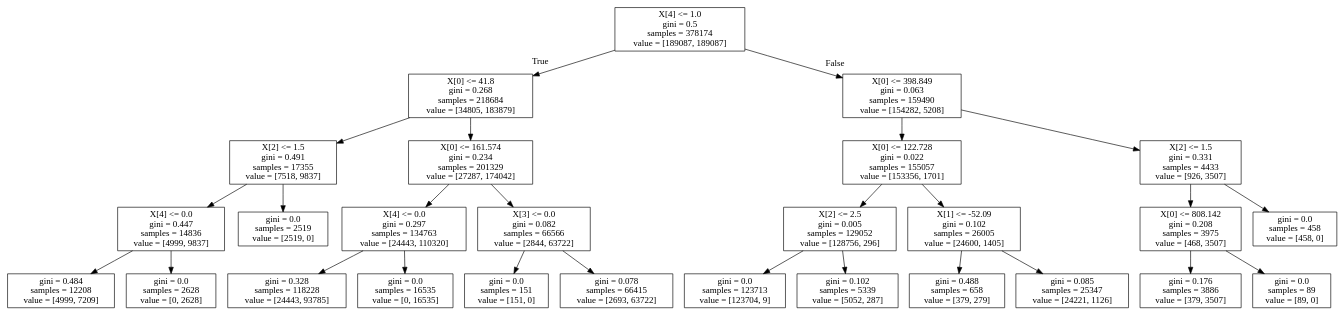
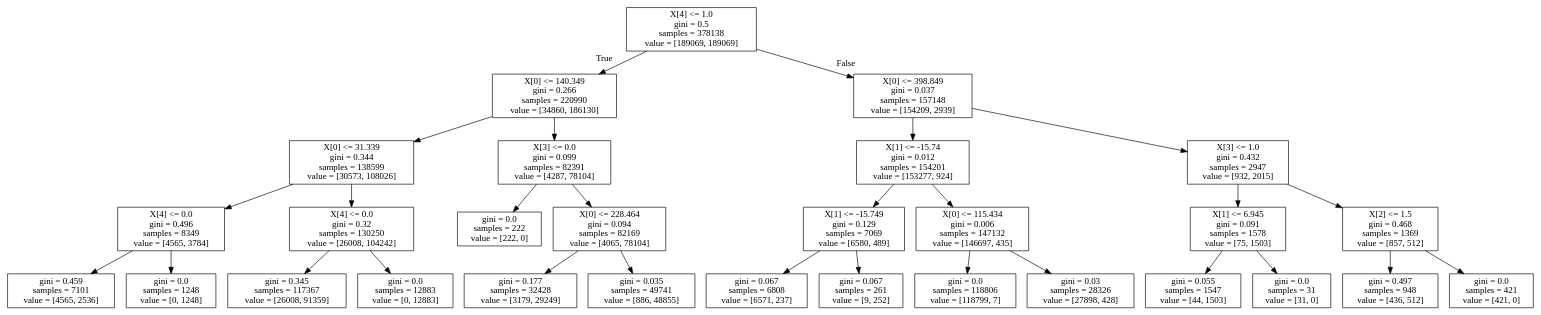
Before and after one commit to R-Graafmans/CDA_CS4035: the diagram in Week 1 - Credit Card Fraud/tree_SMOTE.dot, drawn with Graphviz. The commit also changed 13 other files, not shown here.

```diff
--- a/Week 1 - Credit Card Fraud/tree_SMOTE.dot
+++ b/Week 1 - Credit Card Fraud/tree_SMOTE.dot
@@ -1,56 +1,60 @@
 digraph Tree {
 node [shape=box] ;
-0 [label="X[4] <= 1.0\ngini = 0.5\nsamples = 378174\nvalue = [189087, 189087]"] ;
-1 [label="X[0] <= 41.8\ngini = 0.268\nsamples = 218684\nvalue = [34805, 183879]"] ;
+0 [label="X[4] <= 1.0\ngini = 0.5\nsamples = 378138\nvalue = [189069, 189069]"] ;
+1 [label="X[0] <= 140.349\ngini = 0.266\nsamples = 220990\nvalue = [34860, 186130]"] ;
 0 -> 1 [labeldistance=2.5, labelangle=45, headlabel="True"] ;
-2 [label="X[2] <= 1.5\ngini = 0.491\nsamples = 17355\nvalue = [7518, 9837]"] ;
+2 [label="X[0] <= 31.339\ngini = 0.344\nsamples = 138599\nvalue = [30573, 108026]"] ;
 1 -> 2 ;
-3 [label="X[4] <= 0.0\ngini = 0.447\nsamples = 14836\nvalue = [4999, 9837]"] ;
+3 [label="X[4] <= 0.0\ngini = 0.496\nsamples = 8349\nvalue = [4565, 3784]"] ;
 2 -> 3 ;
-4 [label="gini = 0.484\nsamples = 12208\nvalue = [4999, 7209]"] ;
+4 [label="gini = 0.459\nsamples = 7101\nvalue = [4565, 2536]"] ;
 3 -> 4 ;
-5 [label="gini = 0.0\nsamples = 2628\nvalue = [0, 2628]"] ;
+5 [label="gini = 0.0\nsamples = 1248\nvalue = [0, 1248]"] ;
 3 -> 5 ;
-6 [label="gini = 0.0\nsamples = 2519\nvalue = [2519, 0]"] ;
+6 [label="X[4] <= 0.0\ngini = 0.32\nsamples = 130250\nvalue = [26008, 104242]"] ;
 2 -> 6 ;
-7 [label="X[0] <= 161.574\ngini = 0.234\nsamples = 201329\nvalue = [27287, 174042]"] ;
-1 -> 7 ;
-8 [label="X[4] <= 0.0\ngini = 0.297\nsamples = 134763\nvalue = [24443, 110320]"] ;
-7 -> 8 ;
-9 [label="gini = 0.328\nsamples = 118228\nvalue = [24443, 93785]"] ;
-8 -> 9 ;
-10 [label="gini = 0.0\nsamples = 16535\nvalue = [0, 16535]"] ;
-8 -> 10 ;
-11 [label="X[3] <= 0.0\ngini = 0.082\nsamples = 66566\nvalue = [2844, 63722]"] ;
-7 -> 11 ;
-12 [label="gini = 0.0\nsamples = 151\nvalue = [151, 0]"] ;
+7 [label="gini = 0.345\nsamples = 117367\nvalue = [26008, 91359]"] ;
+6 -> 7 ;
+8 [label="gini = 0.0\nsamples = 12883\nvalue = [0, 12883]"] ;
+6 -> 8 ;
+9 [label="X[3] <= 0.0\ngini = 0.099\nsamples = 82391\nvalue = [4287, 78104]"] ;
+1 -> 9 ;
+10 [label="gini = 0.0\nsamples = 222\nvalue = [222, 0]"] ;
+9 -> 10 ;
+11 [label="X[0] <= 228.464\ngini = 0.094\nsamples = 82169\nvalue = [4065, 78104]"] ;
+9 -> 11 ;
+12 [label="gini = 0.177\nsamples = 32428\nvalue = [3179, 29249]"] ;
 11 -> 12 ;
-13 [label="gini = 0.078\nsamples = 66415\nvalue = [2693, 63722]"] ;
+13 [label="gini = 0.035\nsamples = 49741\nvalue = [886, 48855]"] ;
 11 -> 13 ;
-14 [label="X[0] <= 398.849\ngini = 0.063\nsamples = 159490\nvalue = [154282, 5208]"] ;
+14 [label="X[0] <= 398.849\ngini = 0.037\nsamples = 157148\nvalue = [154209, 2939]"] ;
 0 -> 14 [labeldistance=2.5, labelangle=-45, headlabel="False"] ;
-15 [label="X[0] <= 122.728\ngini = 0.022\nsamples = 155057\nvalue = [153356, 1701]"] ;
+15 [label="X[1] <= -15.74\ngini = 0.012\nsamples = 154201\nvalue = [153277, 924]"] ;
 14 -> 15 ;
-16 [label="X[2] <= 2.5\ngini = 0.005\nsamples = 129052\nvalue = [128756, 296]"] ;
+16 [label="X[1] <= -15.749\ngini = 0.129\nsamples = 7069\nvalue = [6580, 489]"] ;
 15 -> 16 ;
-17 [label="gini = 0.0\nsamples = 123713\nvalue = [123704, 9]"] ;
+17 [label="gini = 0.067\nsamples = 6808\nvalue = [6571, 237]"] ;
 16 -> 17 ;
-18 [label="gini = 0.102\nsamples = 5339\nvalue = [5052, 287]"] ;
+18 [label="gini = 0.067\nsamples = 261\nvalue = [9, 252]"] ;
 16 -> 18 ;
-19 [label="X[1] <= -52.09\ngini = 0.102\nsamples = 26005\nvalue = [24600, 1405]"] ;
+19 [label="X[0] <= 115.434\ngini = 0.006\nsamples = 147132\nvalue = [146697, 435]"] ;
 15 -> 19 ;
-20 [label="gini = 0.488\nsamples = 658\nvalue = [379, 279]"] ;
+20 [label="gini = 0.0\nsamples = 118806\nvalue = [118799, 7]"] ;
 19 -> 20 ;
-21 [label="gini = 0.085\nsamples = 25347\nvalue = [24221, 1126]"] ;
+21 [label="gini = 0.03\nsamples = 28326\nvalue = [27898, 428]"] ;
 19 -> 21 ;
-22 [label="X[2] <= 1.5\ngini = 0.331\nsamples = 4433\nvalue = [926, 3507]"] ;
+22 [label="X[3] <= 1.0\ngini = 0.432\nsamples = 2947\nvalue = [932, 2015]"] ;
 14 -> 22 ;
-23 [label="X[0] <= 808.142\ngini = 0.208\nsamples = 3975\nvalue = [468, 3507]"] ;
+23 [label="X[1] <= 6.945\ngini = 0.091\nsamples = 1578\nvalue = [75, 1503]"] ;
 22 -> 23 ;
-24 [label="gini = 0.176\nsamples = 3886\nvalue = [379, 3507]"] ;
+24 [label="gini = 0.055\nsamples = 1547\nvalue = [44, 1503]"] ;
 23 -> 24 ;
-25 [label="gini = 0.0\nsamples = 89\nvalue = [89, 0]"] ;
+25 [label="gini = 0.0\nsamples = 31\nvalue = [31, 0]"] ;
 23 -> 25 ;
-26 [label="gini = 0.0\nsamples = 458\nvalue = [458, 0]"] ;
+26 [label="X[2] <= 1.5\ngini = 0.468\nsamples = 1369\nvalue = [857, 512]"] ;
 22 -> 26 ;
+27 [label="gini = 0.497\nsamples = 948\nvalue = [436, 512]"] ;
+26 -> 27 ;
+28 [label="gini = 0.0\nsamples = 421\nvalue = [421, 0]"] ;
+26 -> 28 ;
 }
```
